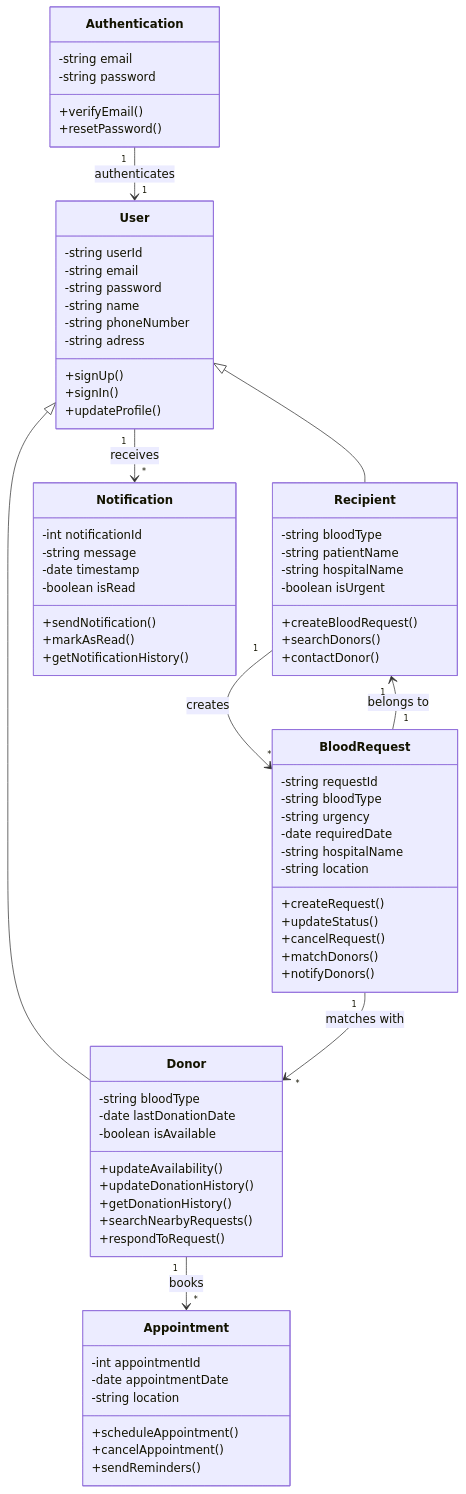
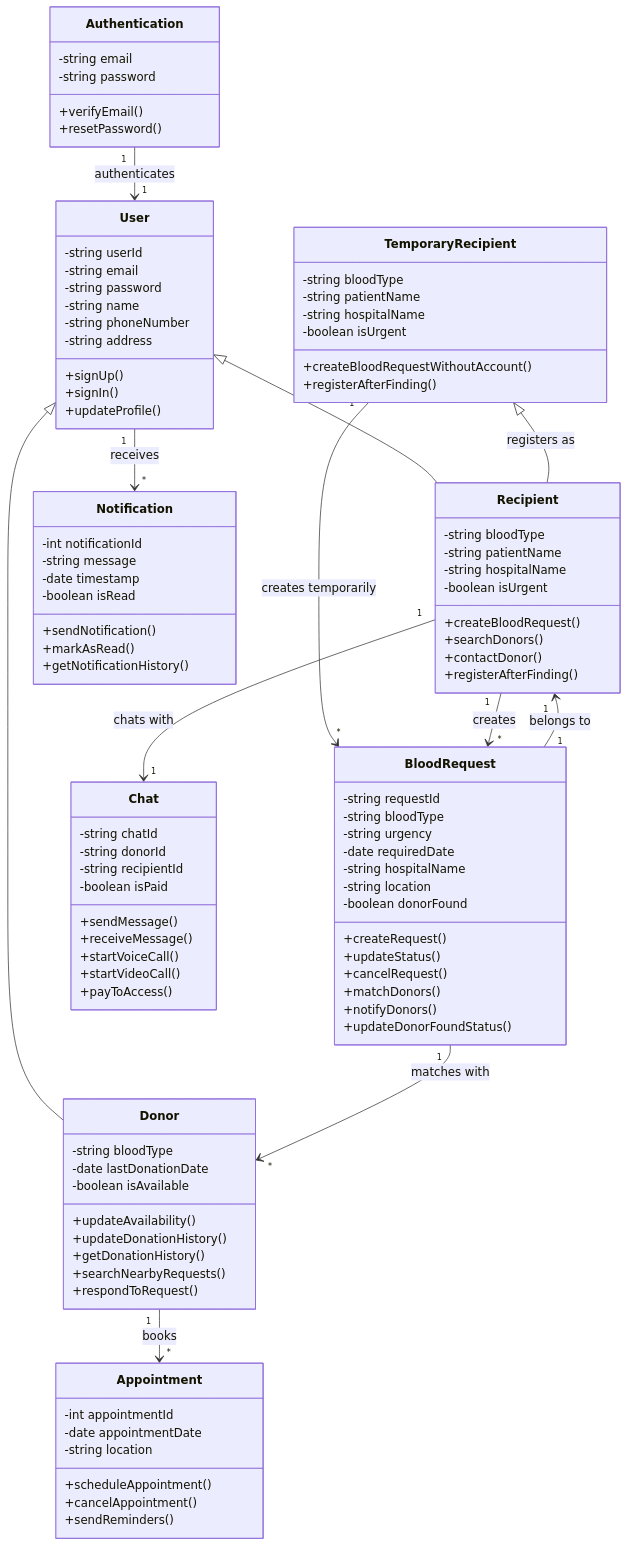
Before and after one commit to YassineBelkabous/blood-donation-app: the diagram in ClassDiagram.md, drawn with Mermaid.

````diff
--- a/ClassDiagram.md
+++ b/ClassDiagram.md
@@ -6,7 +6,7 @@
         -string password
         -string name
         -string phoneNumber
-        -string adress
+        -string address
         +signUp()
         +signIn()
         +updateProfile()
@@ -31,6 +31,16 @@
         +createBloodRequest()
         +searchDonors()
         +contactDonor()
+        +registerAfterFinding()
+    }
+
+    class TemporaryRecipient {
+        -string bloodType
+        -string patientName
+        -string hospitalName
+        -boolean isUrgent
+        +createBloodRequestWithoutAccount()
+        +registerAfterFinding()
     }
 
     class BloodRequest {
@@ -40,11 +50,13 @@
         -date requiredDate
         -string hospitalName
         -string location
+        -boolean donorFound
         +createRequest()
         +updateStatus()
         +cancelRequest()
         +matchDonors()
         +notifyDonors()
+        +updateDonorFoundStatus()
     }
 
     class Appointment {
@@ -73,12 +85,28 @@
         +getNotificationHistory()
     }
 
+    class Chat {
+        -string chatId
+        -string donorId
+        -string recipientId
+        -boolean isPaid
+        +sendMessage()
+        +receiveMessage()
+        +startVoiceCall()
+        +startVideoCall()
+        +payToAccess()
+    }
+
     User <|-- Donor
     User <|-- Recipient
+    TemporaryRecipient <|-- Recipient : registers as
+    TemporaryRecipient "1" --> "*" BloodRequest : creates temporarily
     Recipient "1" --> "*" BloodRequest : creates
     Donor "1" --> "*" Appointment : books
     Authentication "1" --> "1" User : authenticates
     BloodRequest "1" --> "*" Donor : matches with
     User "1" --> "*" Notification : receives
     BloodRequest "1" --> "1" Recipient : belongs to
+    Recipient "1" --> "1" Chat : chats with
+
 ```
````
